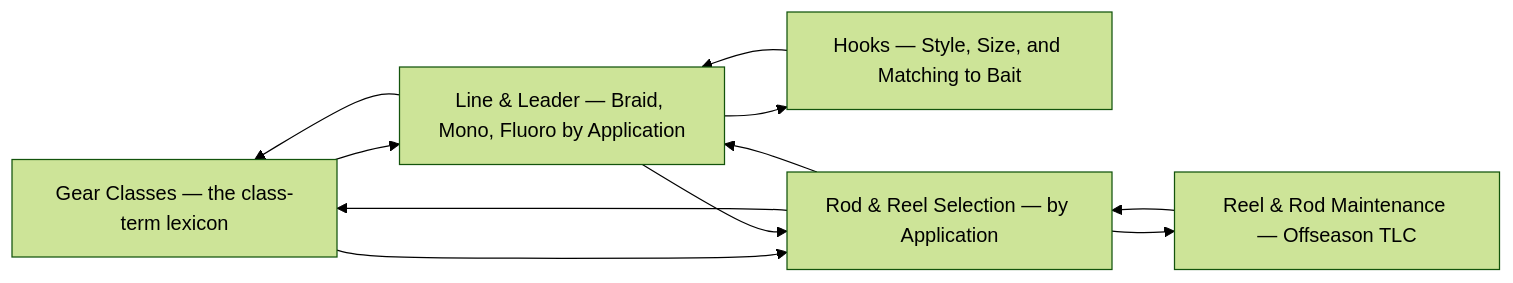
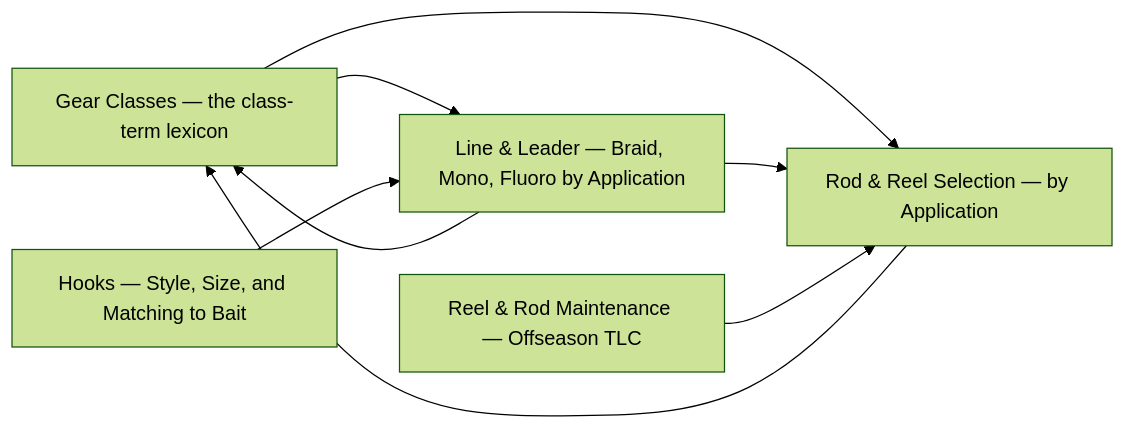
The diagram in tackle/README.md (camchuckpete-max/Socal-Fishing-Knowledge), drawn with Mermaid (forest theme) before and after one commit. The commit also changed 124 other files, not shown here.

````diff
--- a/tackle/README.md
+++ b/tackle/README.md
@@ -18,18 +18,15 @@
 ```mermaid
 graph LR
   n0["Gear Classes — the class-term lexicon"]
   n1["Hooks — Style, Size, and Matching to Bait"]
   n2["Line & Leader — Braid, Mono, Fluoro by Application"]
   n3["Reel & Rod Maintenance — Offseason TLC"]
   n4["Rod & Reel Selection — by Application"]
   n0 --> n2
   n0 --> n4
   n1 --> n2
   n2 --> n0
-  n2 --> n1
   n2 --> n4
   n3 --> n4
   n4 --> n0
-  n4 --> n2
-  n4 --> n3
 ```
````
